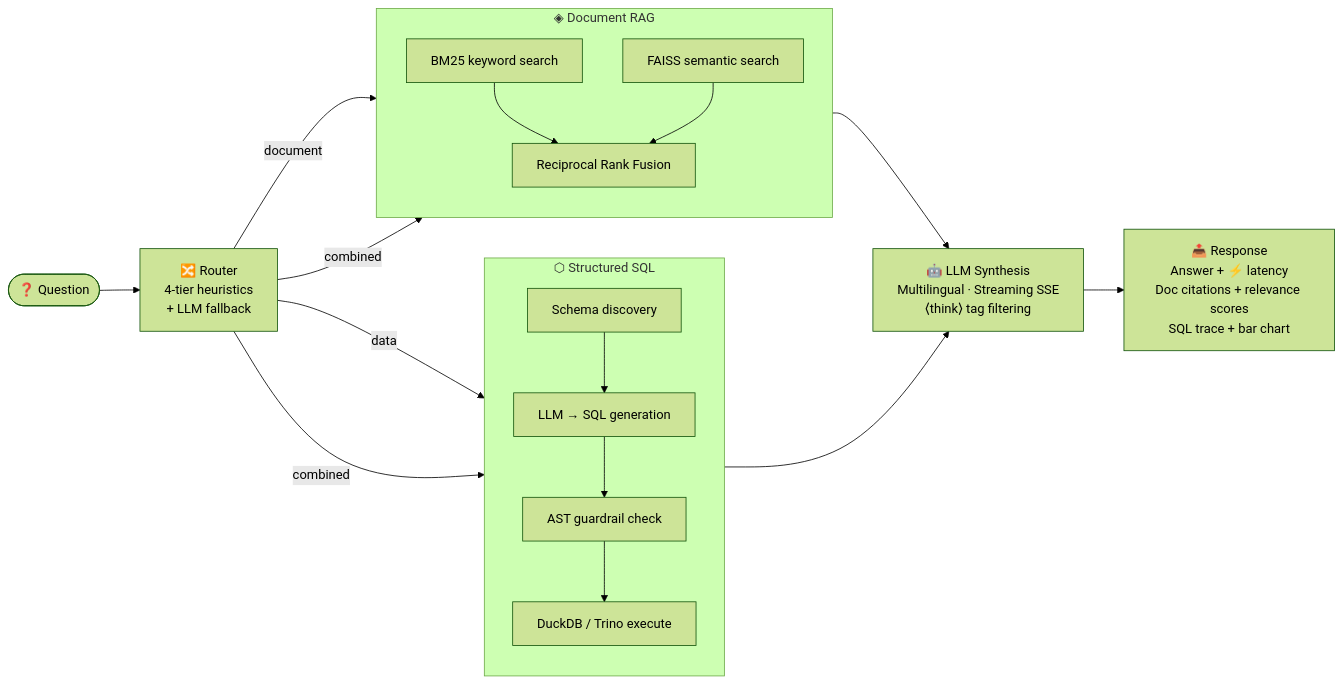
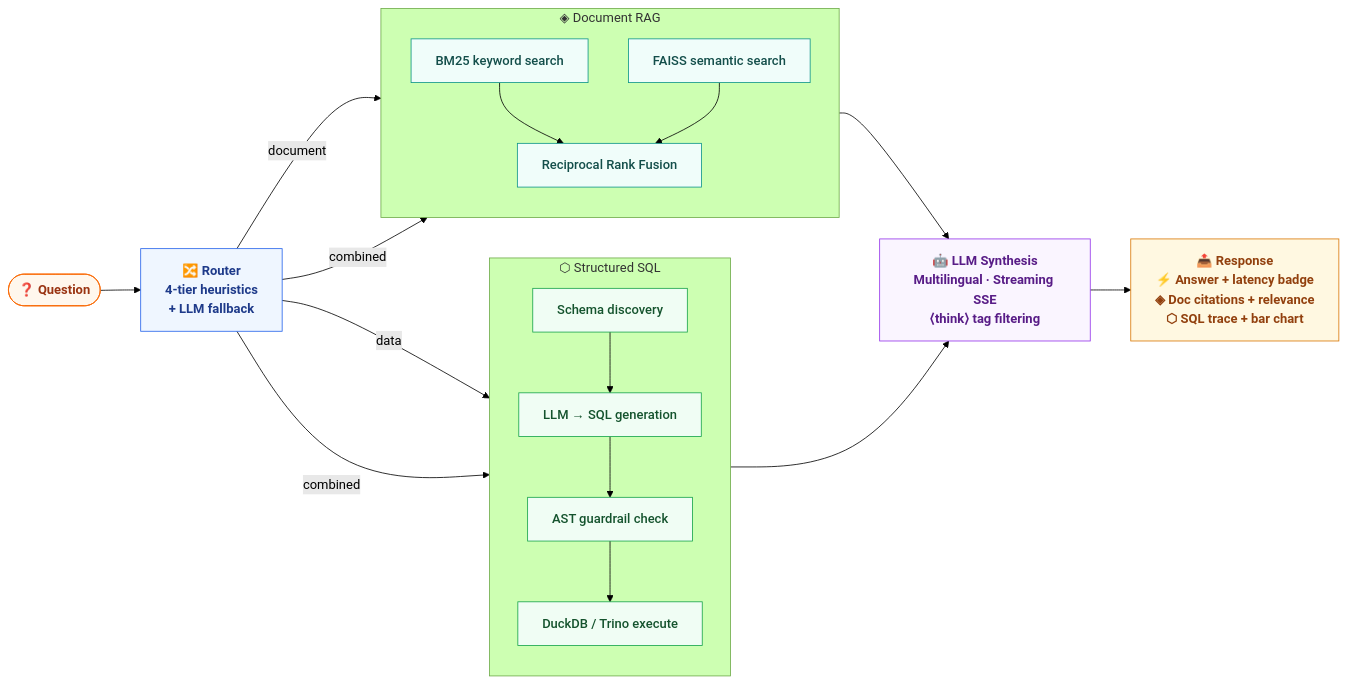
The second of 2 diagrams in demos/cloudera-ai-id-rag-demo/README.md (servaed/PROJECTS), drawn with Mermaid (forest theme) before and after one commit. The commit also changed other lines of this file, not shown here.

First line of the commit message:
docs: styled Mermaid architecture with classDef colour layers

````diff
--- a/demos/cloudera-ai-id-rag-demo/README.md
+++ b/demos/cloudera-ai-id-rag-demo/README.md
@@ -95,32 +105,44 @@
 ```mermaid
 flowchart LR
-    Q(["❓ Question"]) --> RTR["🔀 Router\n4-tier heuristics\n+ LLM fallback"]
+    classDef input  fill:#FFF7ED,stroke:#F96702,color:#9A3412,font-weight:700
+    classDef router fill:#EFF6FF,stroke:#2563EB,color:#1E3A8A,font-weight:600
+    classDef rag    fill:#F0FDFA,stroke:#0D9488,color:#134E4A,font-weight:500
+    classDef sql    fill:#F0FDF4,stroke:#16A34A,color:#14532D,font-weight:500
+    classDef synth  fill:#FAF5FF,stroke:#9333EA,color:#581C87,font-weight:700
+    classDef output fill:#FFF8E1,stroke:#D97706,color:#92400E,font-weight:600
 
+    Q(["❓ Question"]):::input
+
+    RTR["🔀 Router\n4-tier heuristics\n+ LLM fallback"]:::router
+
+    subgraph RAG["  ◈  Document RAG  "]
+        direction TB
+        R1["BM25 keyword search"]:::rag
+        R2["FAISS semantic search"]:::rag
+        R3["Reciprocal Rank Fusion"]:::rag
+        R1 --> R3
+        R2 --> R3
+    end
+
+    subgraph SQL["  ⬡  Structured SQL  "]
+        direction TB
+        S1["Schema discovery"]:::sql
+        S2["LLM → SQL generation"]:::sql
+        S3["AST guardrail check"]:::sql
+        S4["DuckDB / Trino execute"]:::sql
+        S1 --> S2 --> S3 --> S4
+    end
+
+    SYNTH["🤖 LLM Synthesis\nMultilingual · Streaming SSE\n⟨think⟩ tag filtering"]:::synth
+
+    OUT["📤 Response\n⚡ Answer + latency badge\n◈ Doc citations + relevance\n⬡ SQL trace + bar chart"]:::output
+
+    Q       --> RTR
     RTR -->|document| RAG
     RTR -->|data| SQL
     RTR -->|combined| RAG
     RTR -->|combined| SQL
-
-    subgraph RAG["◈ Document RAG"]
-        direction TB
-        R1["BM25 keyword search"]
-        R2["FAISS semantic search"]
-        R3["Reciprocal Rank Fusion"]
-        R1 --> R3
-        R2 --> R3
-    end
-
-    subgraph SQL["⬡ Structured SQL"]
-        direction TB
-        S1["Schema discovery"]
-        S2["LLM → SQL generation"]
-        S3["AST guardrail check"]
-        S4["DuckDB / Trino execute"]
-        S1 --> S2 --> S3 --> S4
-    end
-
-    RAG --> SYNTH["🤖 LLM Synthesis\nMultilingual · Streaming SSE\n⟨think⟩ tag filtering"]
-    SQL --> SYNTH
-
-    SYNTH --> OUT["📤 Response\nAnswer + ⚡ latency\nDoc citations + relevance scores\nSQL trace + bar chart"]
+    RAG     --> SYNTH
+    SQL     --> SYNTH
+    SYNTH   --> OUT
 ```
````
